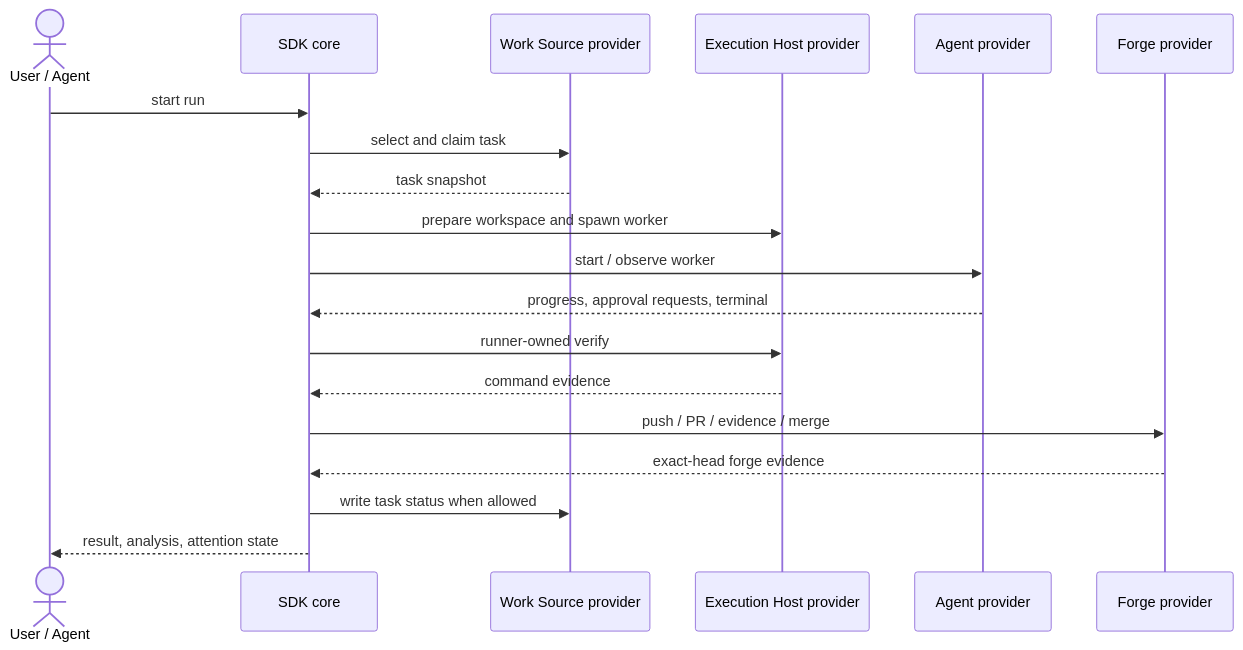
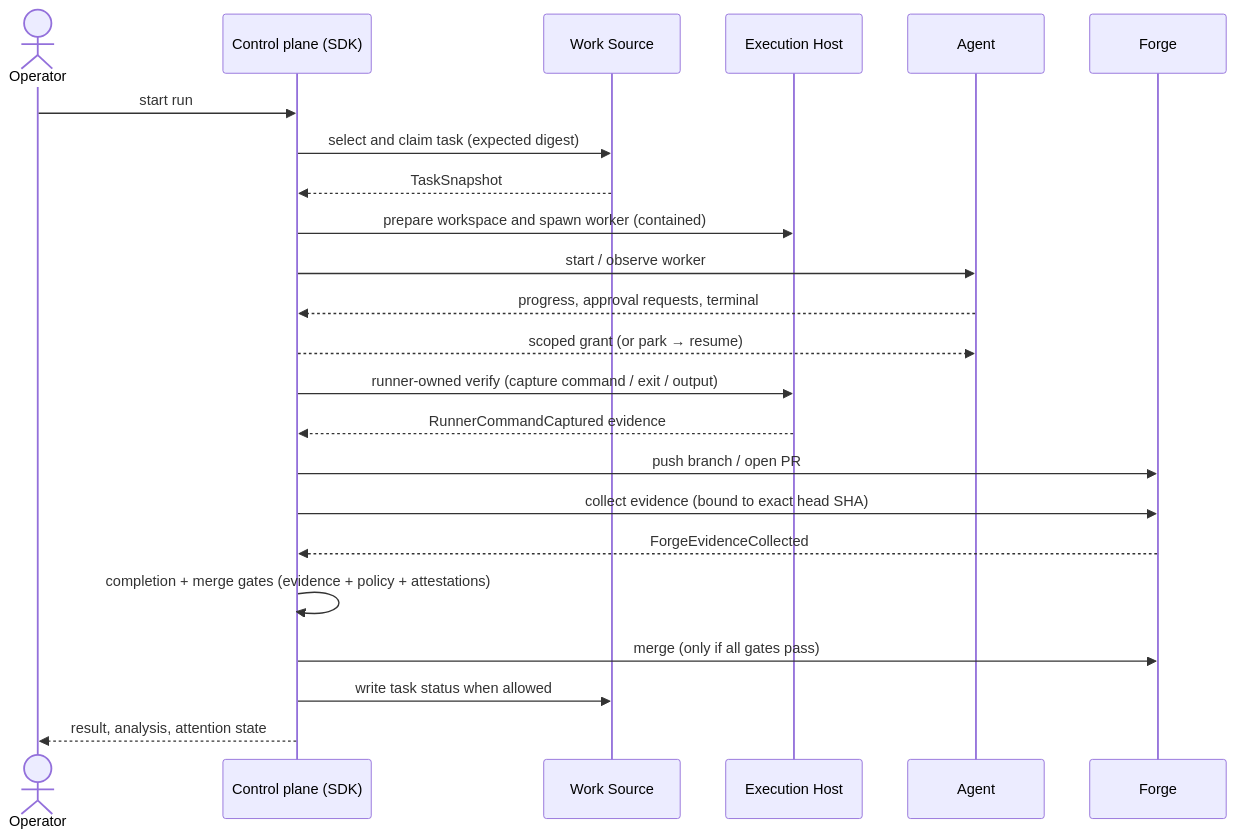
Before and after one commit to aryeko/agentic-workflow-kit: the diagram in docs/design/10-architecture/runtime-flow.md, drawn with Mermaid. The commit also changed other lines of this file and 46 other files, not shown here.

````diff
--- a/docs/design/10-architecture/runtime-flow.md
+++ b/docs/design/10-architecture/runtime-flow.md
@@ -5,22 +13,26 @@
 ```mermaid
 sequenceDiagram
-  actor User as User / Agent
-  participant SDK as SDK core
-  participant WS as Work Source provider
-  participant Host as Execution Host provider
-  participant Agent as Agent provider
-  participant Forge as Forge provider
+  actor User as Operator
+  participant SDK as Control plane (SDK)
+  participant WS as Work Source
+  participant EH as Execution Host
+  participant AG as Agent
+  participant FG as Forge
 
   User->>SDK: start run
-  SDK->>WS: select and claim task
-  WS-->>SDK: task snapshot
-  SDK->>Host: prepare workspace and spawn worker
-  SDK->>Agent: start / observe worker
-  Agent-->>SDK: progress, approval requests, terminal
-  SDK->>Host: runner-owned verify
-  Host-->>SDK: command evidence
-  SDK->>Forge: push / PR / evidence / merge
-  Forge-->>SDK: exact-head forge evidence
+  SDK->>WS: select and claim task (expected digest)
+  WS-->>SDK: TaskSnapshot
+  SDK->>EH: prepare workspace and spawn worker (contained)
+  SDK->>AG: start / observe worker
+  AG-->>SDK: progress, approval requests, terminal
+  SDK-->>AG: scoped grant (or park → resume)
+  SDK->>EH: runner-owned verify (capture command / exit / output)
+  EH-->>SDK: RunnerCommandCaptured evidence
+  SDK->>FG: push branch / open PR
+  SDK->>FG: collect evidence (bound to exact head SHA)
+  FG-->>SDK: ForgeEvidenceCollected
+  SDK->>SDK: completion + merge gates (evidence + policy + attestations)
+  SDK->>FG: merge (only if all gates pass)
   SDK->>WS: write task status when allowed
   SDK-->>User: result, analysis, attention state
 ```
````
